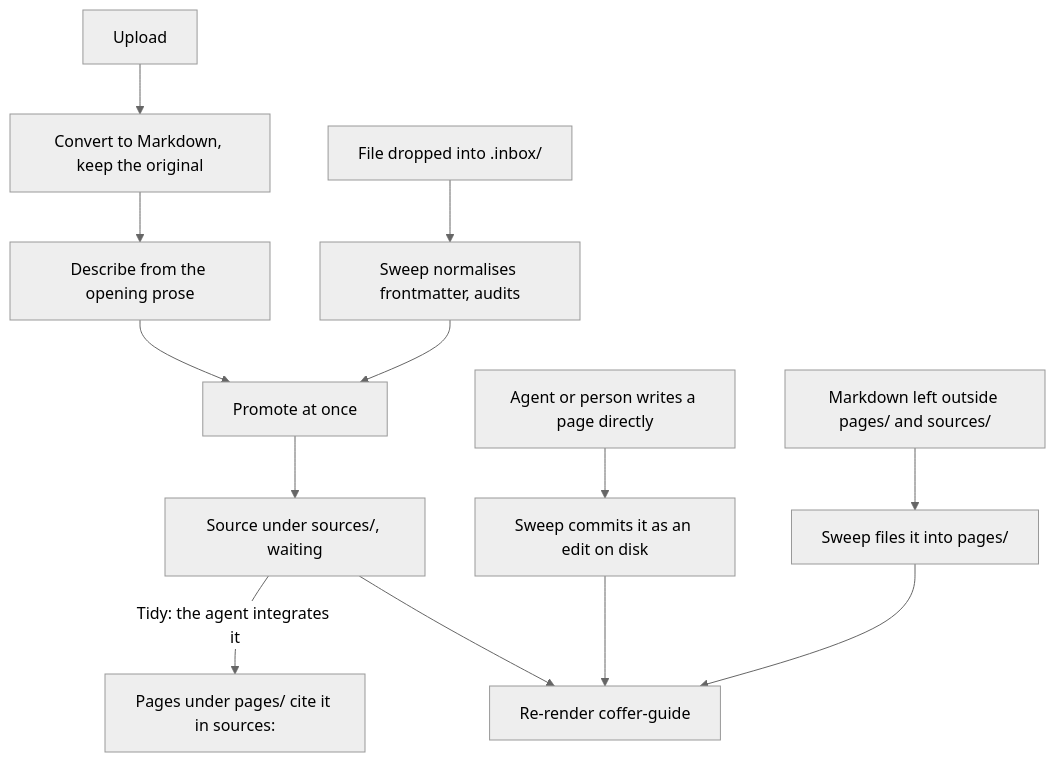
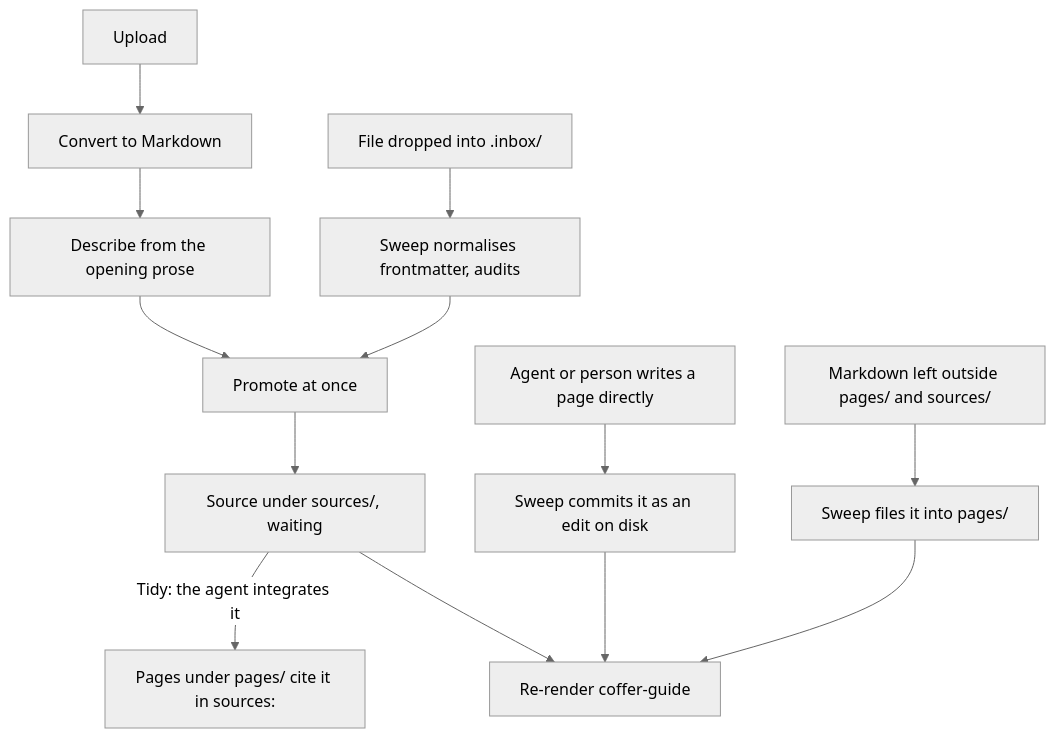
One commit to wyx-sg/Coffer changed the first of 2 diagrams in docs-site/architecture/knowledge.md. Above: the diagram before and after it, drawn with Mermaid (neutral theme). The commit also changed other lines of this file and 43 other files, not shown here.

First line of the commit message:
Keep only the Markdown of an uploaded knowledge source

````diff
--- a/docs-site/architecture/knowledge.md
+++ b/docs-site/architecture/knowledge.md
@@ -132,15 +130,15 @@
 ```mermaid
 flowchart TD
-  U["Upload"] --> C["Convert to Markdown, keep the original"]
+  U["Upload"] --> C["Convert to Markdown"]
   C --> D["Describe from the opening prose"]
   D --> S["Promote at once"]
   W["File dropped into .inbox/"] --> N["Sweep normalises frontmatter, audits"]
   N --> S
   S --> SRC["Source under sources/, waiting"]
   SRC -->|Tidy: the agent integrates it| P["Pages under pages/ cite it in sources:"]
   E["Agent or person writes a page directly"] --> DISK["Sweep commits it as an edit on disk"]
   L["Markdown left outside pages/ and sources/"] --> M["Sweep files it into pages/"]
   SRC --> G["Re-render coffer-guide"]
   DISK --> G
   M --> G
 ```
````
